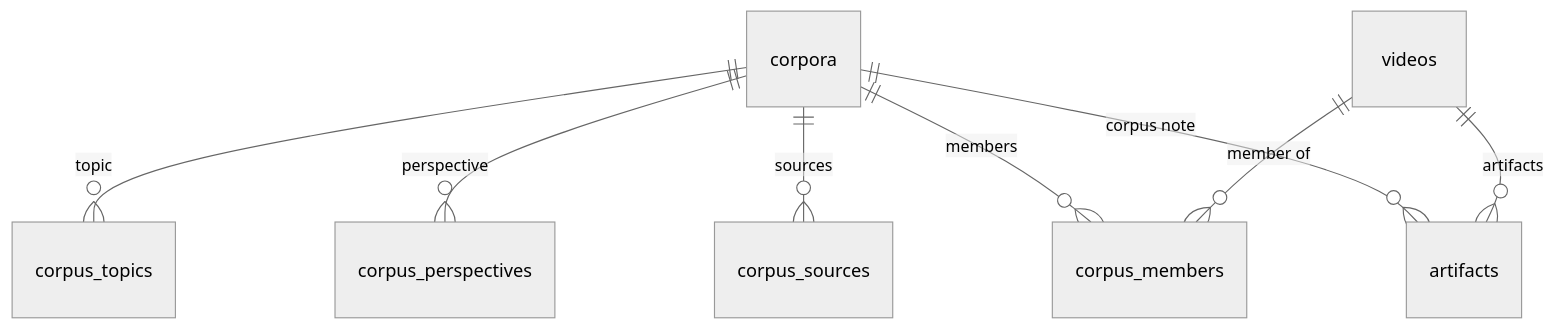
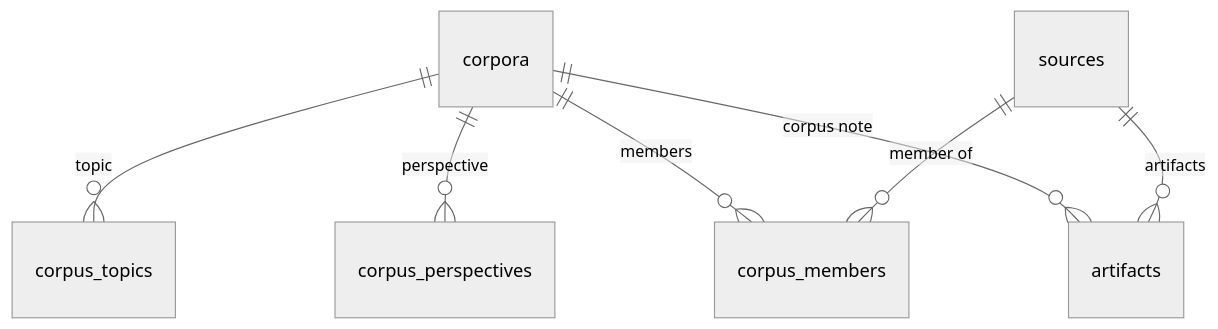
One commit to nagarkar/corpuslm changed the second of 2 diagrams in docs/design/storage-schema.md. Above: the diagram before and after it, drawn with Mermaid (neutral theme). The commit also changed other lines of this file and 9 other files, not shown here.

First line of the commit message:
Schema 4: sources (kind, locator), source_feeds, no corpus-level feeds; v2/v3 upgrade in place (nagarkar/ytlm#50 seam cut 1)

````diff
--- a/docs/design/storage-schema.md
+++ b/docs/design/storage-schema.md
@@ -39,10 +39,9 @@
 ```mermaid
 erDiagram
   corpora ||--o{ corpus_topics : "topic"
   corpora ||--o{ corpus_perspectives : "perspective"
-  corpora ||--o{ corpus_sources : "sources"
   corpora ||--o{ corpus_members : "members"
-  videos ||--o{ corpus_members : "member of"
+  sources ||--o{ corpus_members : "member of"
   corpora ||--o{ artifacts : "corpus note"
-  videos ||--o{ artifacts : "artifacts"
+  sources ||--o{ artifacts : "artifacts"
 ```
````
